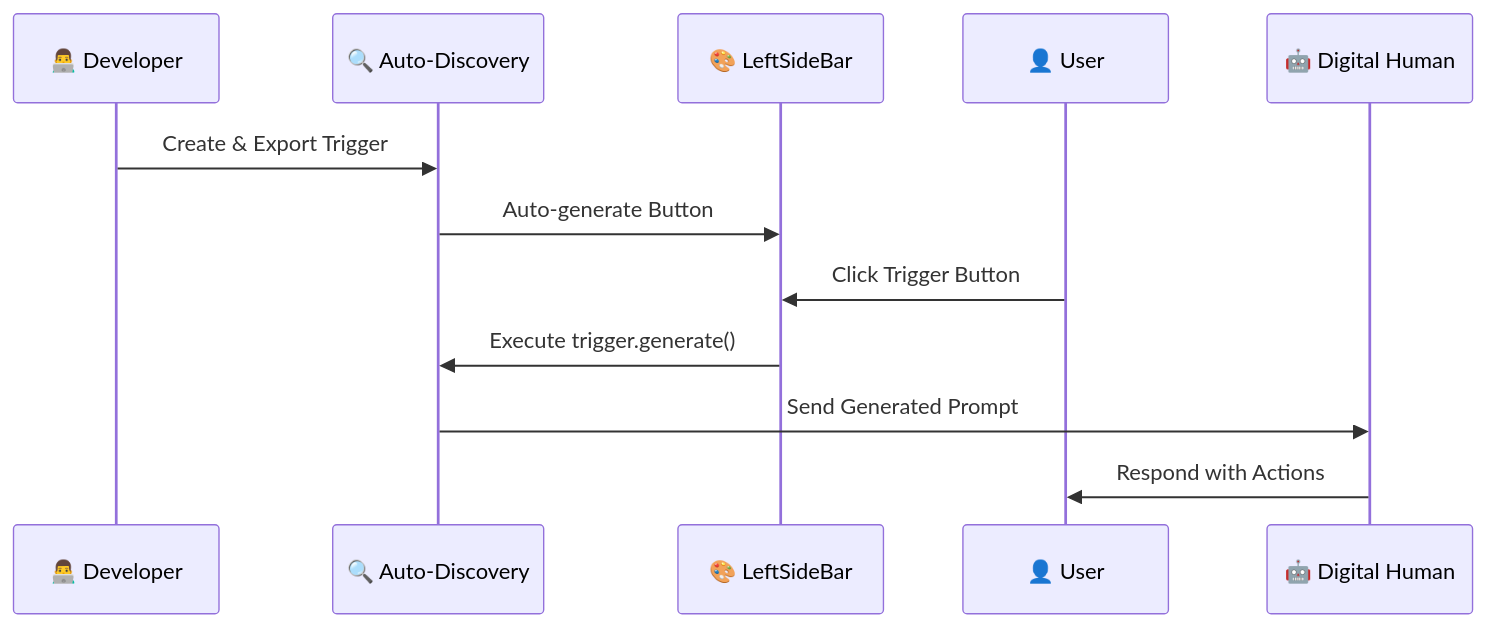
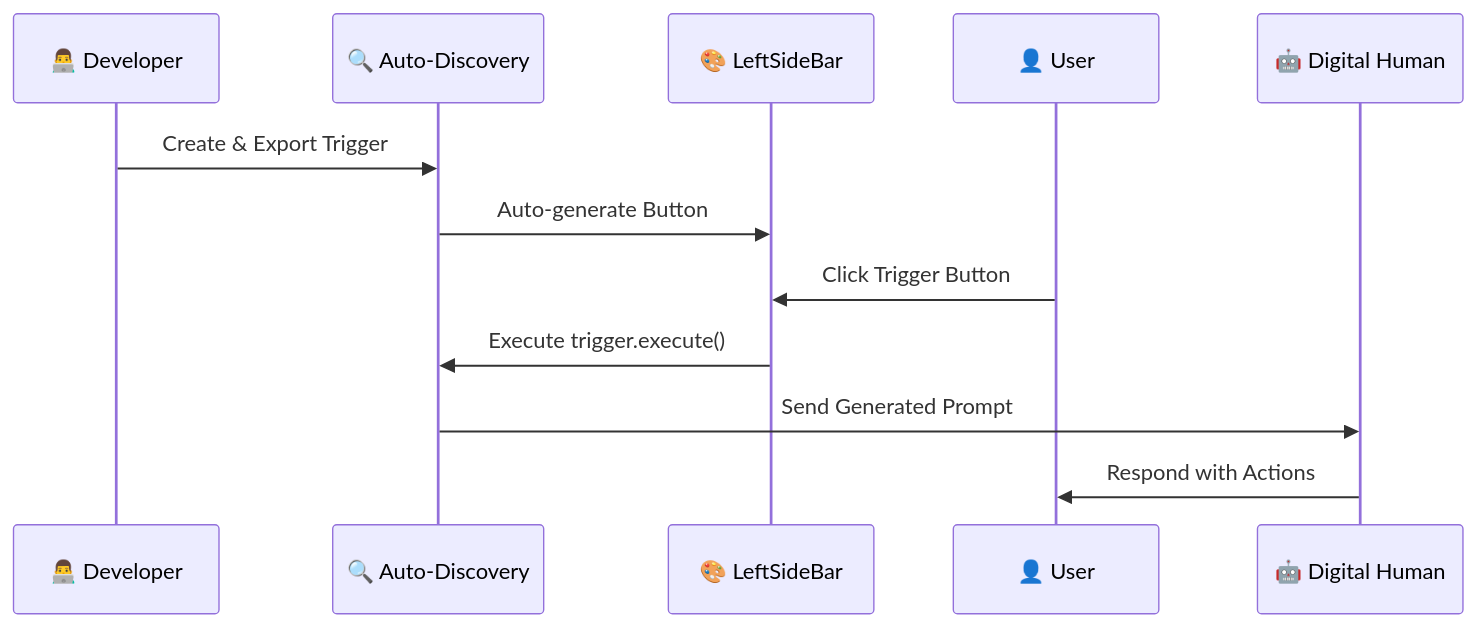
One commit to RoyAtUneeQ/kiosk-sama changed the first of 3 diagrams in src/docs/pages/howto/triggers.md. Above: the diagram before and after it, drawn with Mermaid. The commit also changed other lines of this file and 1 other file, not shown here.

First line of the commit message:
docs: update trigger system documentation for method rename and new trigger classes

````diff
--- a/src/docs/pages/howto/triggers.md
+++ b/src/docs/pages/howto/triggers.md
@@ -38,15 +38,15 @@
 ```mermaid
 sequenceDiagram
     participant Dev as 👨‍💻 Developer
     participant System as 🔍 Auto-Discovery
     participant UI as 🎨 LeftSideBar
     participant User as 👤 User
     participant DH as 🤖 Digital Human
 
     Dev->>System: Create & Export Trigger
     System->>UI: Auto-generate Button
     User->>UI: Click Trigger Button
-    UI->>System: Execute trigger.generate()
+    UI->>System: Execute trigger.execute()
     System->>DH: Send Generated Prompt
     DH->>User: Respond with Actions
 ```
````
